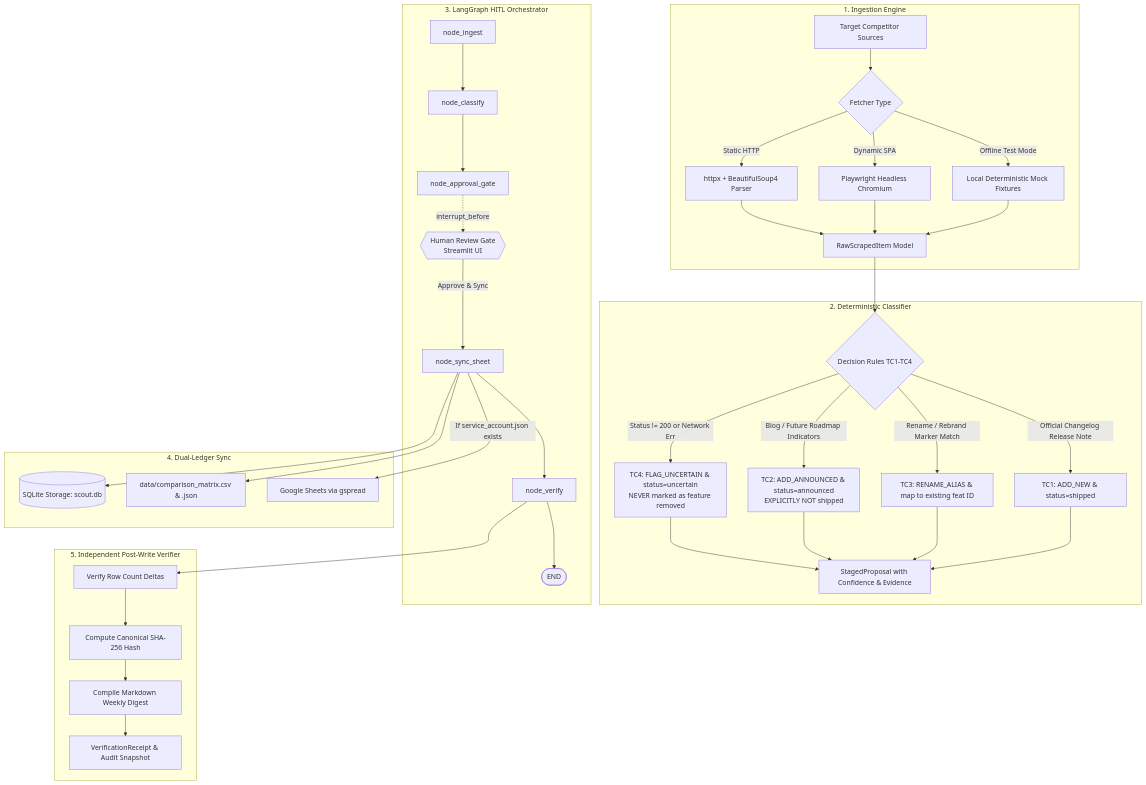
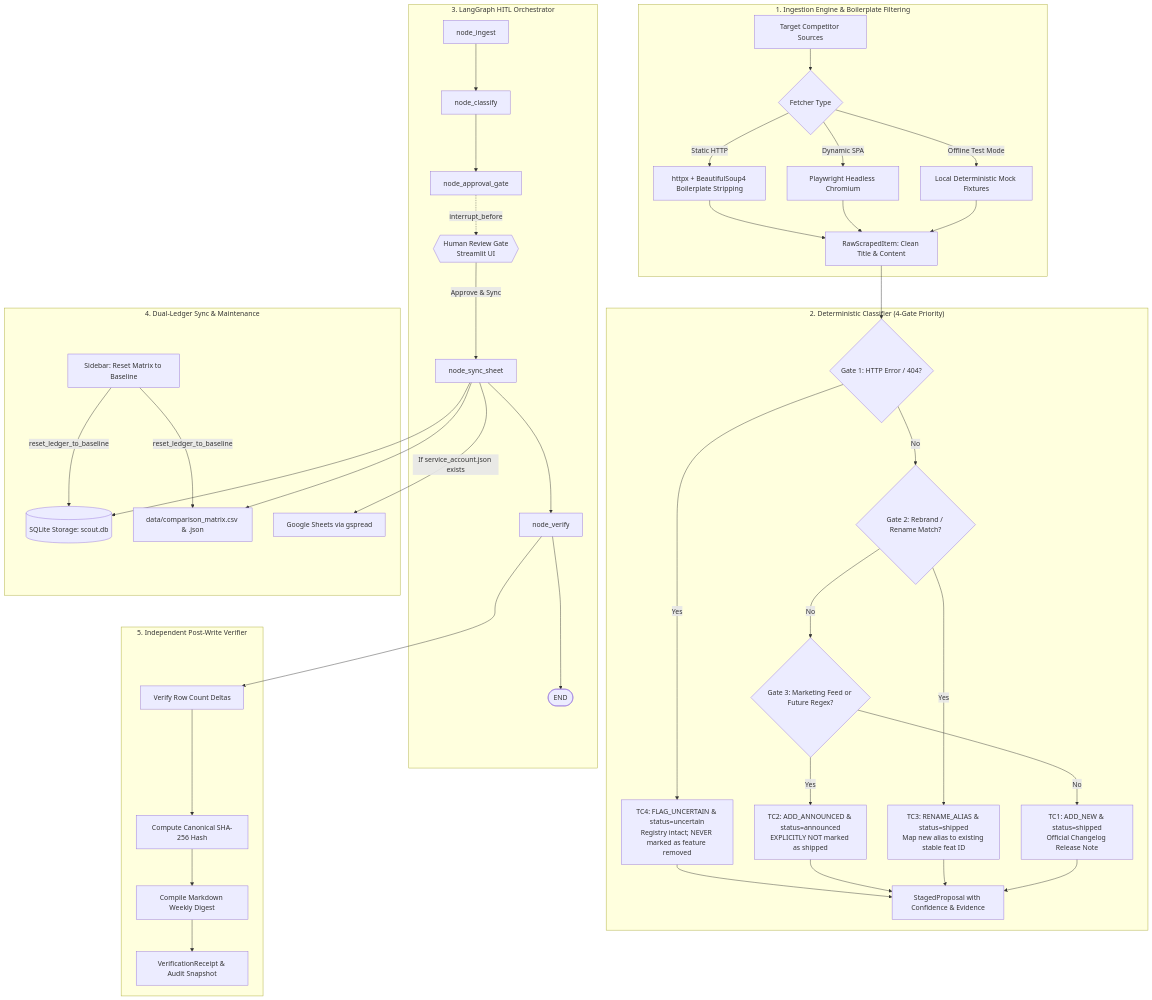
Before and after one commit to Don-Cornelius-B/ziro-hackathon-agentic-ai: the diagram in WALKTHROUGH.md, drawn with Mermaid. The commit also changed other lines of this file and 11 other files, not shown here.

Commit message:
feat: complete competitor changelog scout with HITL gate, dual-ledger sync, and E2E verification suite

````diff
--- a/WALKTHROUGH.md
+++ b/WALKTHROUGH.md
@@ -11,41 +11,44 @@
 ```mermaid
 flowchart TD
-    subgraph IngestionLayer["1. Ingestion Engine"]
+    subgraph IngestionLayer["1. Ingestion Engine & Boilerplate Filtering"]
         A[Target Competitor Sources] --> B{Fetcher Type}
-        B -->|Static HTTP| C[httpx + BeautifulSoup4 Parser]
+        B -->|Static HTTP| C[httpx + BeautifulSoup4 Boilerplate Stripping]
         B -->|Dynamic SPA| D[Playwright Headless Chromium]
         B -->|Offline Test Mode| E[Local Deterministic Mock Fixtures]
-        C & D & E --> F[RawScrapedItem Model]
+        C & D & E --> F[RawScrapedItem: Clean Title & Content]
     end
 
-    subgraph DecisionEngine["2. Deterministic Classifier"]
-        F --> G{Decision Rules TC1-TC4}
-        G -->|Status != 200 or Network Err| H[TC4: FLAG_UNCERTAIN & status=uncertain\nNEVER marked as feature removed]
-        G -->|Blog / Future Roadmap Indicators| I[TC2: ADD_ANNOUNCED & status=announced\nEXPLICITLY NOT shipped]
-        G -->|Rename / Rebrand Marker Match| J[TC3: RENAME_ALIAS & map to existing feat ID]
-        G -->|Official Changelog Release Note| K[TC1: ADD_NEW & status=shipped]
+    subgraph DecisionEngine["2. Deterministic Classifier (4-Gate Priority)"]
+        F --> G1{Gate 1: HTTP Error / 404?}
+        G1 -->|Yes| H[TC4: FLAG_UNCERTAIN & status=uncertain\nRegistry intact; NEVER marked as feature removed]
+        G1 -->|No| G2{Gate 2: Rebrand / Rename Match?}
+        G2 -->|Yes| J[TC3: RENAME_ALIAS & status=shipped\nMap new alias to existing stable feat ID]
+        G2 -->|No| G3{Gate 3: Marketing Feed or Future Regex?}
+        G3 -->|Yes| I[TC2: ADD_ANNOUNCED & status=announced\nEXPLICITLY NOT marked as shipped]
+        G3 -->|No| K[TC1: ADD_NEW & status=shipped\nOfficial Changelog Release Note]
         H & I & J & K --> L[StagedProposal with Confidence & Evidence]
     end
 
     subgraph StateMachine["3. LangGraph HITL Orchestrator"]
         M[node_ingest] --> N[node_classify]
         N --> O[node_approval_gate]
         O -.->|interrupt_before| P{{Human Review Gate\nStreamlit UI}}
         P -->|Approve & Sync| Q[node_sync_sheet]
         Q --> R[node_verify]
         R --> S([END])
     end
 
-    subgraph SyncEngine["4. Dual-Ledger Sync"]
+    subgraph SyncEngine["4. Dual-Ledger Sync & Maintenance"]
         Q --> T[(SQLite Storage: scout.db)]
         Q --> U[data/comparison_matrix.csv & .json]
         Q -->|If service_account.json exists| V[Google Sheets via gspread]
+        W[Sidebar: Reset Matrix to Baseline] -->|reset_ledger_to_baseline| T & U
     end
 
     subgraph VerifierEngine["5. Independent Post-Write Verifier"]
-        R --> W[Verify Row Count Deltas]
-        W --> X[Compute Canonical SHA-256 Hash]
-        X --> Y[Compile Markdown Weekly Digest]
-        Y --> Z[VerificationReceipt & Audit Snapshot]
+        R --> X[Verify Row Count Deltas]
+        X --> Y[Compute Canonical SHA-256 Hash]
+        Y --> Z[Compile Markdown Weekly Digest]
+        Z --> AA[VerificationReceipt & Audit Snapshot]
     end
 ```
````
